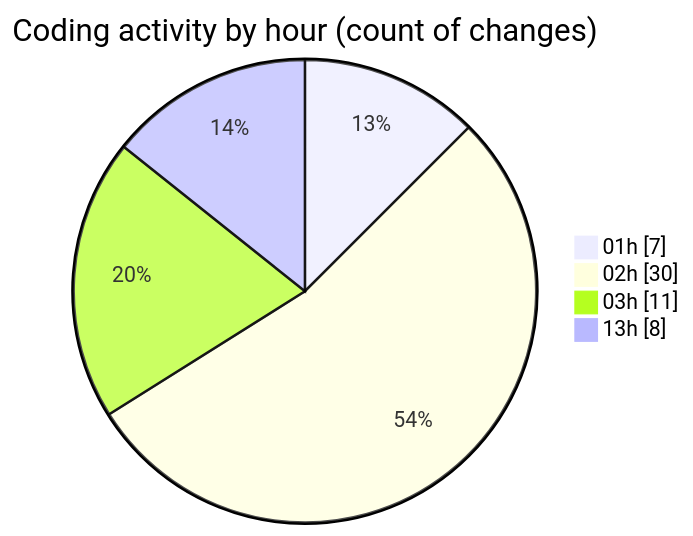
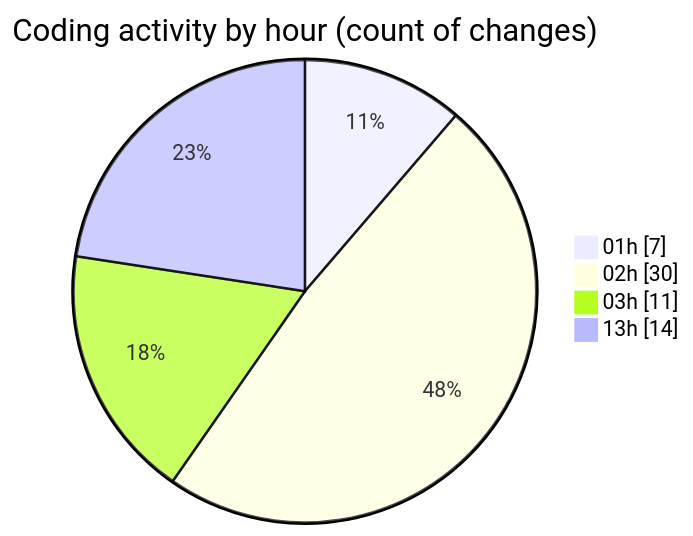
One commit to Ritupan-Deka/code-tracking changed the second of 2 diagrams in 2025-01-24/projects/README.md. Above: the diagram before and after it, drawn with Mermaid. The commit also changed other lines of this file and 1 other file, not shown here.

````diff
--- a/2025-01-24/projects/README.md
+++ b/2025-01-24/projects/README.md
@@ -39,8 +39,8 @@
 ```mermaid
 pie showData
 title Coding activity by hour (count of changes)
 "01h" : 7
 "02h" : 30
 "03h" : 11
-"13h" : 8
+"13h" : 14
 ```
````
